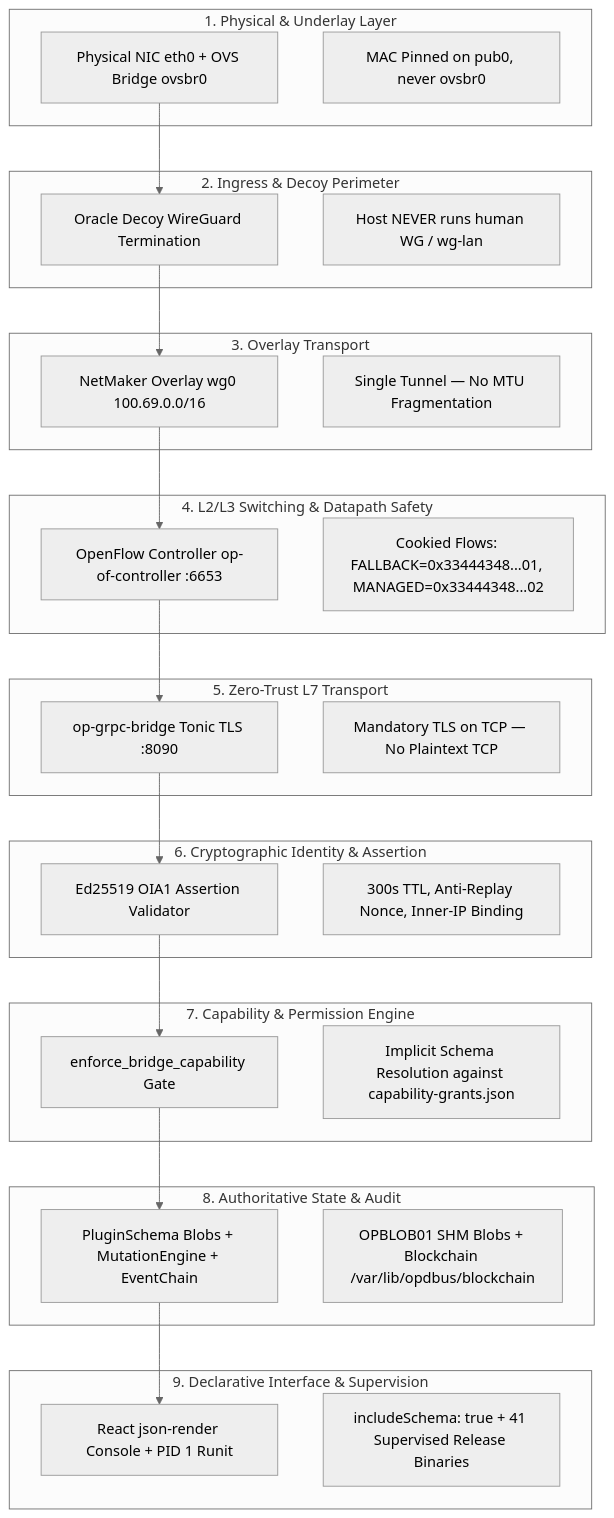
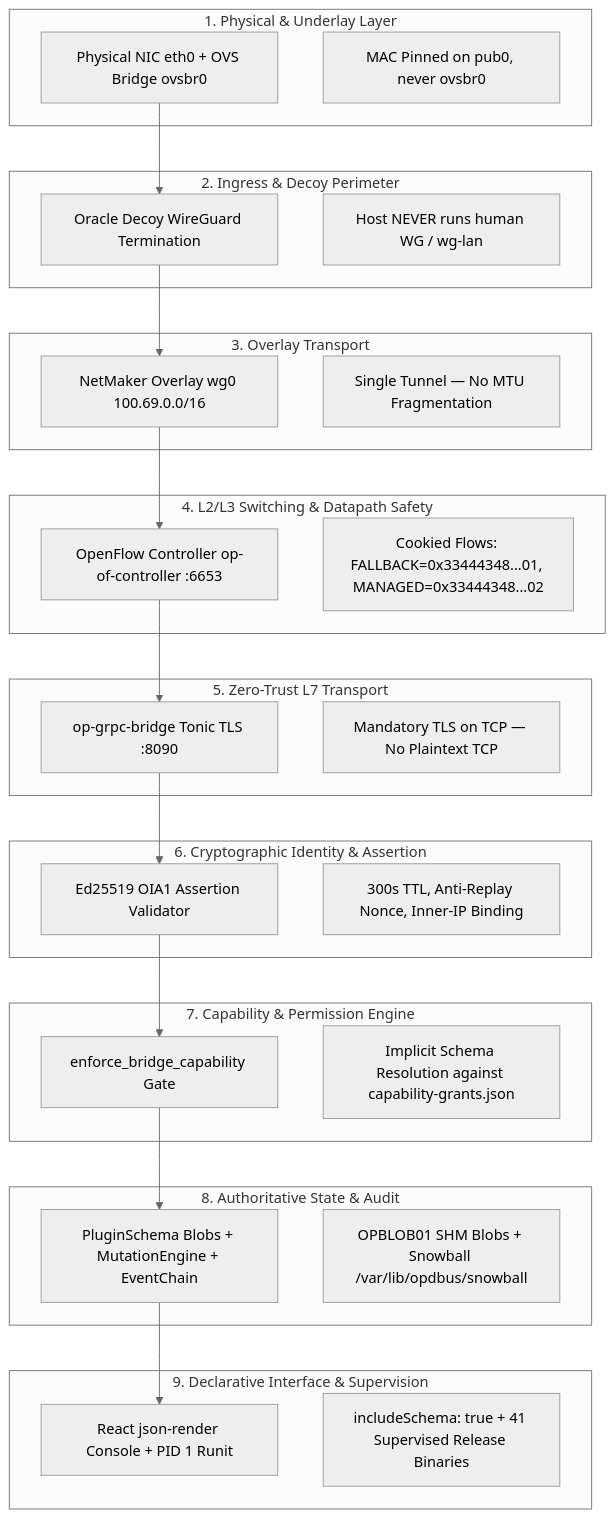
One commit to repr0bated/operation-dbus-proto changed the diagram in docs/architecture/zen-review-net-fabric/00-master-unified-system-interlock.md. Above: the diagram before and after it, drawn with Mermaid (neutral theme). The commit also changed other lines of this file and 357 other files, not shown here.

First line of the commit message:
docs: finish op-blockchain -> op-snowball rename sweep

````diff
--- a/docs/architecture/zen-review-net-fabric/00-master-unified-system-interlock.md
+++ b/docs/architecture/zen-review-net-fabric/00-master-unified-system-interlock.md
@@ -12,56 +12,56 @@
 ```mermaid
 graph TD
     subgraph 1. Physical & Underlay Layer
         L1[Physical NIC eth0 + OVS Bridge ovsbr0]
         L1_INV[MAC Pinned on pub0, never ovsbr0]
     end
 
     subgraph 2. Ingress & Decoy Perimeter
         L2[Oracle Decoy WireGuard Termination]
         L2_INV[Host NEVER runs human WG / wg-lan]
     end
 
     subgraph 3. Overlay Transport
         L3[NetMaker Overlay wg0 100.69.0.0/16]
         L3_INV[Single Tunnel — No MTU Fragmentation]
     end
 
     subgraph 4. L2/L3 Switching & Datapath Safety
         L4[OpenFlow Controller op-of-controller :6653]
         L4_INV[Cookied Flows: FALLBACK=0x33444348...01, MANAGED=0x33444348...02]
     end
 
     subgraph 5. Zero-Trust L7 Transport
         L5[op-grpc-bridge Tonic TLS :8090]
         L5_INV[Mandatory TLS on TCP — No Plaintext TCP]
     end
 
     subgraph 6. Cryptographic Identity & Assertion
         L6[Ed25519 OIA1 Assertion Validator]
         L6_INV[300s TTL, Anti-Replay Nonce, Inner-IP Binding]
     end
 
     subgraph 7. Capability & Permission Engine
         L7[enforce_bridge_capability Gate]
         L7_INV[Implicit Schema Resolution against capability-grants.json]
     end
 
     subgraph 8. Authoritative State & Audit
         L8[PluginSchema Blobs + MutationEngine + EventChain]
-        L8_INV[OPBLOB01 SHM Blobs + Blockchain /var/lib/opdbus/blockchain]
+        L8_INV[OPBLOB01 SHM Blobs + Snowball /var/lib/opdbus/snowball]
     end
 
     subgraph 9. Declarative Interface & Supervision
         L9[React json-render Console + PID 1 Runit]
         L9_INV[includeSchema: true + 41 Supervised Release Binaries]
     end
 
     L1 --> L2
     L2 --> L3
     L3 --> L4
     L4 --> L5
     L5 --> L6
     L6 --> L7
     L7 --> L8
     L8 --> L9
 ```
````
